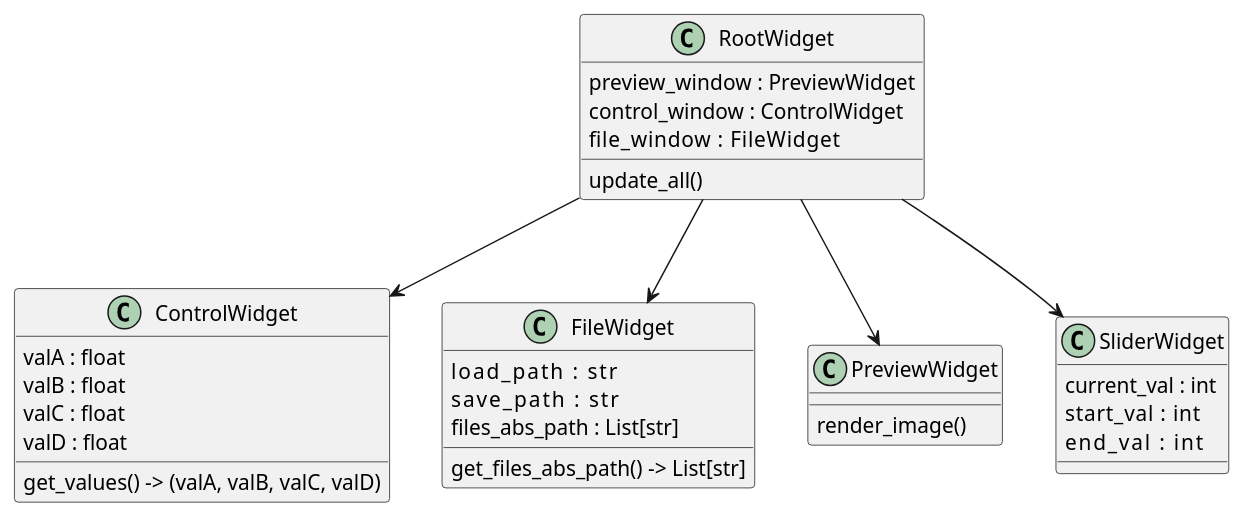
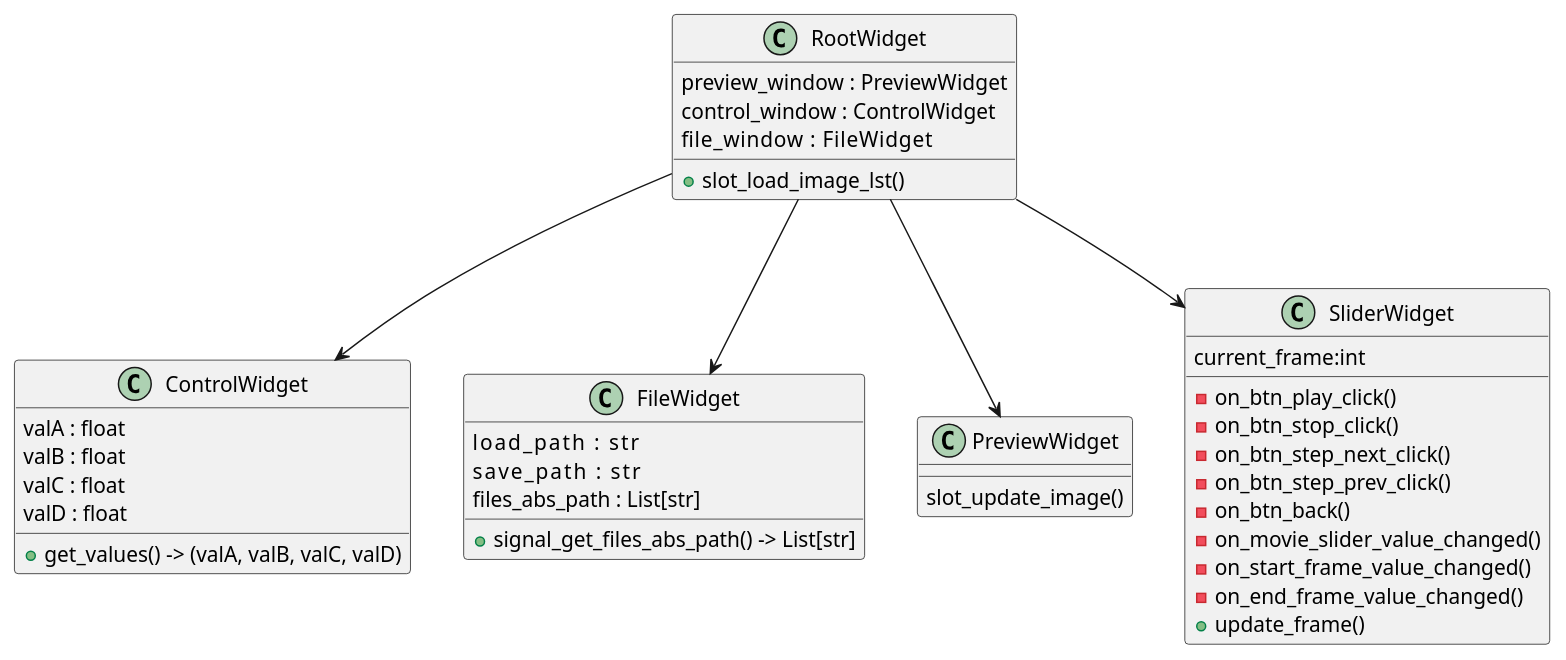
Before and after one commit to motcom/camera_matcher_prototype: the diagram in document.md, drawn with PlantUML. The commit also changed 6 other files, not shown here.

````diff
--- a/document.md
+++ b/document.md
@@ -1,42 +1,50 @@
 ``` plantuml
 
 RootWidget --> ControlWidget
 RootWidget --> FileWidget
 RootWidget --> PreviewWidget
 RootWidget --> SliderWidget
 
 class RootWidget{
     preview_window : PreviewWidget
     control_window : ControlWidget
     file_window    : FileWidget
-    update_all()
+    + slot_load_image_lst()
 }
 
 class FileWidget{
     load_path      : str
     save_path      : str
     files_abs_path : List[str]
-    get_files_abs_path() -> List[str]
+    + signal_get_files_abs_path() -> List[str]
 }
 
 class ControlWidget{
     valA : float
     valB : float
     valC : float
     valD : float
     
-    get_values() -> (valA, valB, valC, valD)
+    + get_values() -> (valA, valB, valC, valD)
+}
+
+
+class PreviewWidget{
+    slot_update_image()  
 }
 
 class SliderWidget{
-    current_val : int
-    start_val   : int
-    end_val     : int
+    current_frame:int
+    
+    - on_btn_play_click()
+    - on_btn_stop_click()
+    - on_btn_step_next_click()
+    - on_btn_step_prev_click()
+    - on_btn_back()
+    - on_movie_slider_value_changed()
+    - on_start_frame_value_changed()
+    - on_end_frame_value_changed()
+    + update_frame()
 }
 
-class PreviewWidget{
-    render_image()  
-}
-
-
 ```
````
